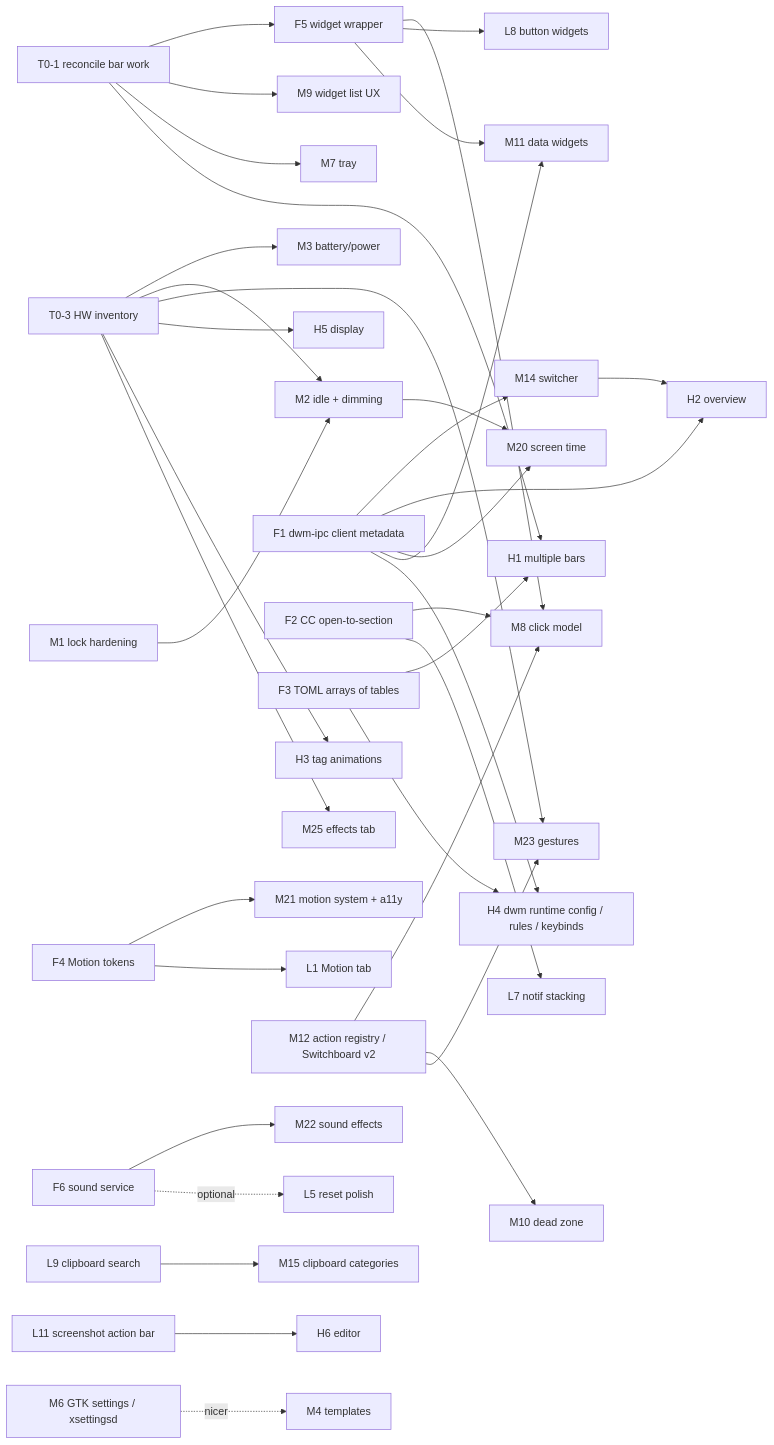
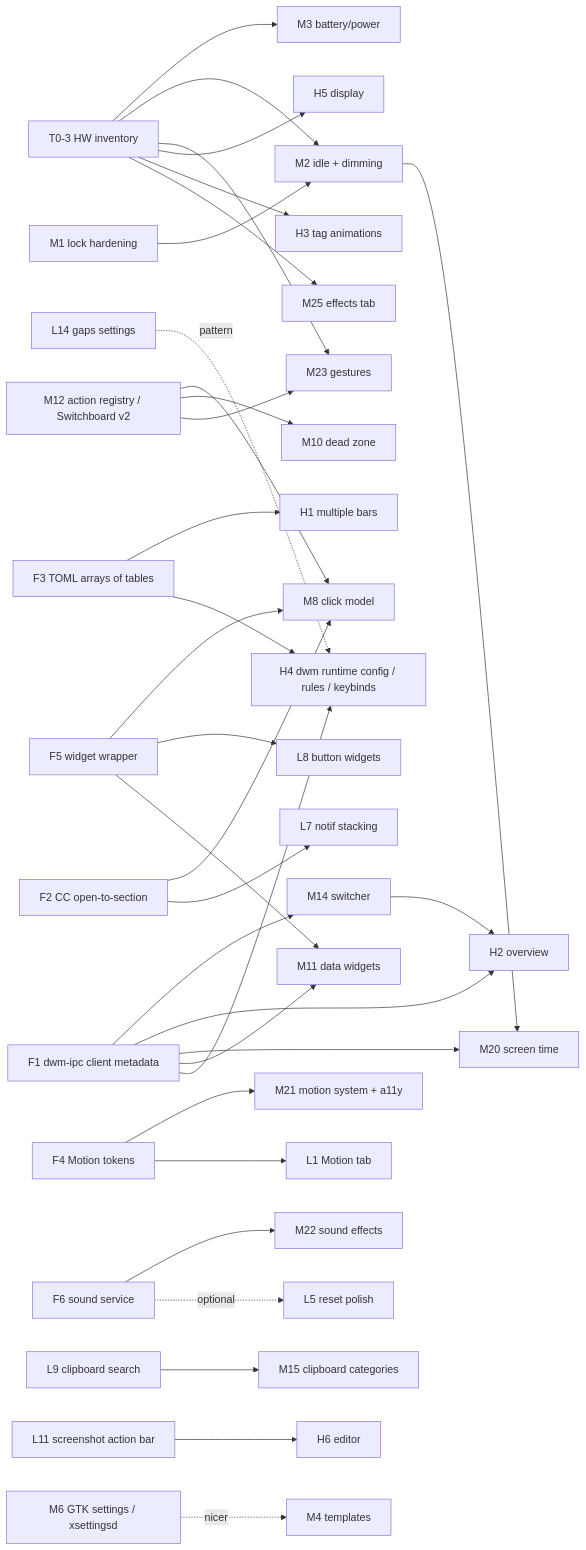
Before and after one commit to omxm/xidou-shell: the diagram in docs/ROADMAP.md, drawn with Mermaid. The commit also changed other lines of this file and 1 other file, not shown here.

First line of the commit message:
docs: re-verify roadmap against the pushed bar overhaul (a941b03)

````diff
--- a/docs/ROADMAP.md
+++ b/docs/ROADMAP.md
@@ -806,38 +850,35 @@
 ```mermaid
 graph LR
-  T01[T0-1 reconcile bar work] --> F5[F5 widget wrapper]
-  T01 --> M9[M9 widget list UX]
-  T01 --> M7[M7 tray]
-  T01 --> H1[H1 multiple bars]
   T03[T0-3 HW inventory] --> M3[M3 battery/power]
   T03 --> M2
   T03 --> M23[M23 gestures]
   T03 --> H5[H5 display]
   T03 --> H3[H3 tag animations]
   T03 --> M25[M25 effects tab]
   F1[F1 dwm-ipc client metadata] --> M14[M14 switcher]
   F1 --> H2[H2 overview]
   F1 --> M20[M20 screen time]
   F1 --> M11[M11 data widgets]
   F1 --> H4[H4 dwm runtime config / rules / keybinds]
   F2[F2 CC open-to-section] --> M8[M8 click model]
   F2 --> L7[L7 notif stacking]
-  F3[F3 TOML arrays of tables] --> H1
+  F3[F3 TOML arrays of tables] --> H1[H1 multiple bars]
   F3 --> H4
   F4[F4 Motion tokens] --> M21[M21 motion system + a11y]
   F4 --> L1[L1 Motion tab]
-  F5 --> M8
+  F5[F5 widget wrapper] --> M8
   F5 --> L8[L8 button widgets]
   F5 --> M11
   F6[F6 sound service] --> M22[M22 sound effects]
   F6 -.optional.-> L5[L5 reset polish]
   M1[M1 lock hardening] --> M2[M2 idle + dimming]
   M2 --> M20
   M12[M12 action registry / Switchboard v2] --> M8
   M12 --> M10[M10 dead zone]
   M12 --> M23
   M14 --> H2
   L9[L9 clipboard search] --> M15[M15 clipboard categories]
   L11[L11 screenshot action bar] --> H6[H6 editor]
+  L14[L14 gaps settings] -.pattern.-> H4
   M6[M6 GTK settings / xsettingsd] -.nicer.-> M4[M4 templates]
 ```
````
